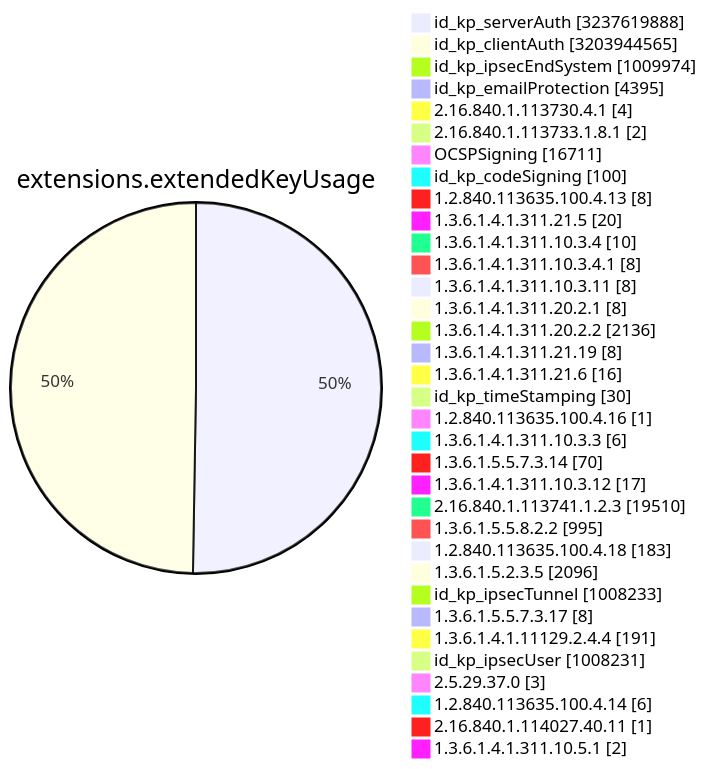
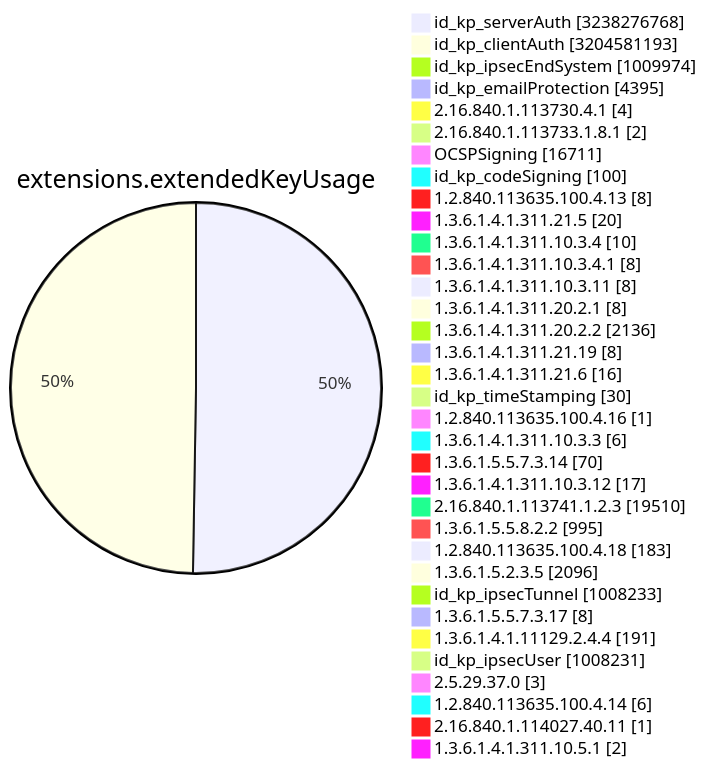
One commit to christiankrug/ctmonitor_visualization changed diagram 11 of 15 in TOTAL/README.md. Above: the diagram before and after it, drawn with Mermaid. The commit also changed other lines of this file, not shown here.

````diff
--- a/TOTAL/README.md
+++ b/TOTAL/README.md
@@ -4119,38 +4119,38 @@
 ```mermaid
 pie showData
 title extensions.extendedKeyUsage
-"id_kp_serverAuth" :3237619888
-"id_kp_clientAuth" :3203944565
+"id_kp_serverAuth" :3238276768
+"id_kp_clientAuth" :3204581193
 "id_kp_ipsecEndSystem" :1009974
 "id_kp_emailProtection" :4395
 "2.16.840.1.113730.4.1" :4
 "2.16.840.1.113733.1.8.1" :2
 "OCSPSigning" :16711
 "id_kp_codeSigning" :100
 "1.2.840.113635.100.4.13" :8
 "1.3.6.1.4.1.311.21.5" :20
 "1.3.6.1.4.1.311.10.3.4" :10
 "1.3.6.1.4.1.311.10.3.4.1" :8
 "1.3.6.1.4.1.311.10.3.11" :8
 "1.3.6.1.4.1.311.20.2.1" :8
 "1.3.6.1.4.1.311.20.2.2" :2136
 "1.3.6.1.4.1.311.21.19" :8
 "1.3.6.1.4.1.311.21.6" :16
 "id_kp_timeStamping" :30
 "1.2.840.113635.100.4.16" :1
 "1.3.6.1.4.1.311.10.3.3" :6
 "1.3.6.1.5.5.7.3.14" :70
 "1.3.6.1.4.1.311.10.3.12" :17
 "2.16.840.1.113741.1.2.3" :19510
 "1.3.6.1.5.5.8.2.2" :995
 "1.2.840.113635.100.4.18" :183
 "1.3.6.1.5.2.3.5" :2096
 "id_kp_ipsecTunnel" :1008233
 "1.3.6.1.5.5.7.3.17" :8
 "1.3.6.1.4.1.11129.2.4.4" :191
 "id_kp_ipsecUser" :1008231
 "2.5.29.37.0" :3
 "1.2.840.113635.100.4.14" :6
 "2.16.840.1.114027.40.11" :1
 "1.3.6.1.4.1.311.10.5.1" :2
 ```
````
